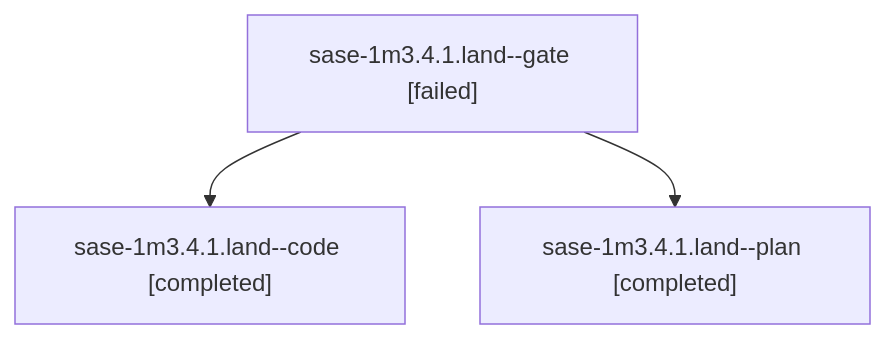
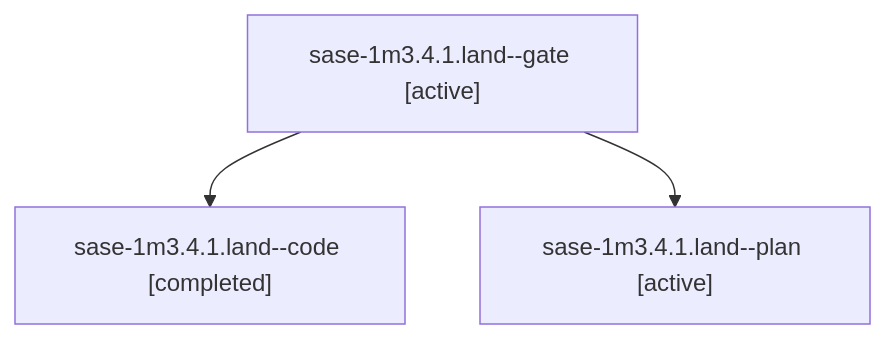
The diagram in sessions/bbugyi200.apollo.sase-1m3.4.1.land.md (sase-org/sase--agents), drawn with Mermaid before and after one commit. The commit also changed other lines of this file and 87 other files, not shown here.

````diff
--- a/sessions/bbugyi200.apollo.sase-1m3.4.1.land.md
+++ b/sessions/bbugyi200.apollo.sase-1m3.4.1.land.md
@@ -9,8 +9,8 @@
 ```mermaid
 flowchart TD
-  n0["sase-1m3.4.1.land--gate [failed]"]
+  n0["sase-1m3.4.1.land--gate [active]"]
   n1["sase-1m3.4.1.land--code [completed]"]
   n0 --> n1
-  n2["sase-1m3.4.1.land--plan [completed]"]
+  n2["sase-1m3.4.1.land--plan [active]"]
   n0 --> n2
 ```
````
